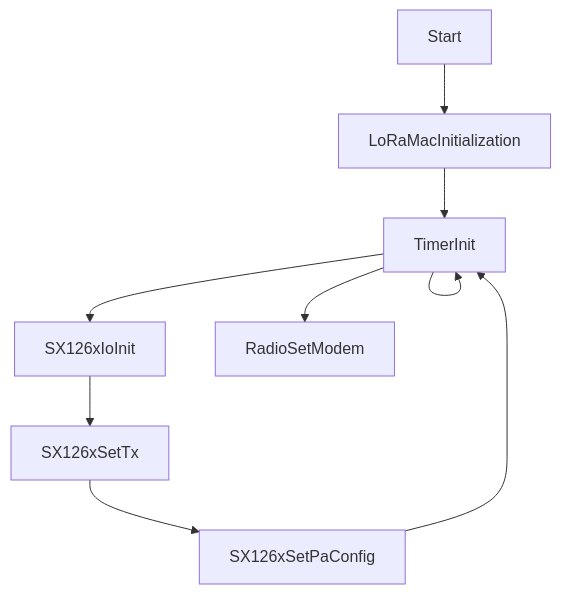
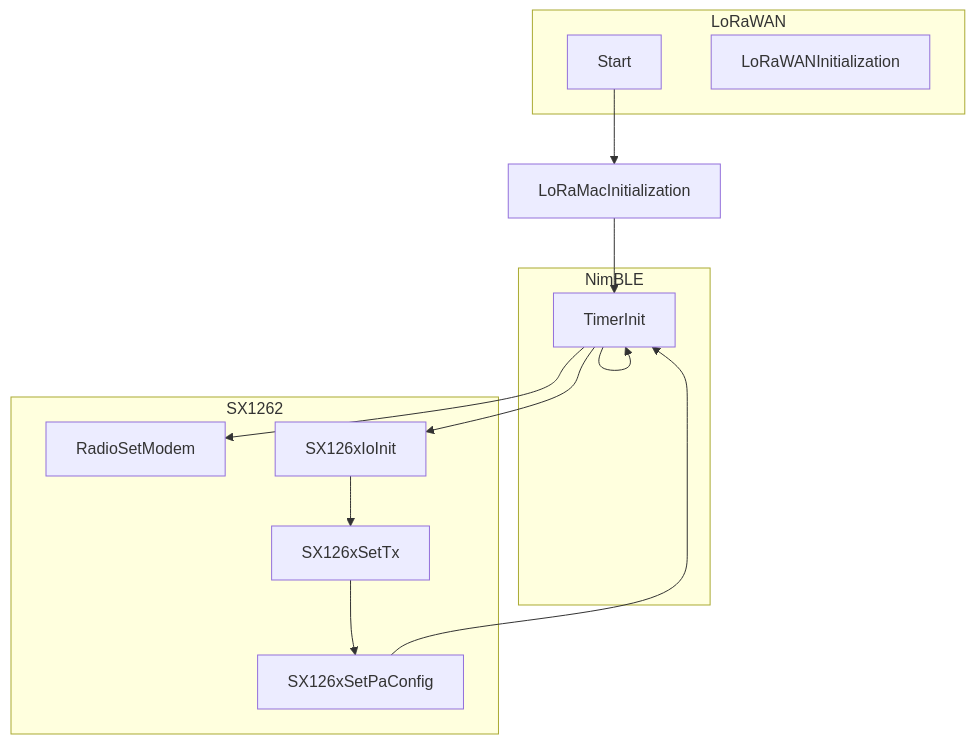
Before and after one commit to lupyuen/zig-bl602-nuttx: the second of 2 diagrams in README.md, drawn with Mermaid.

Commit message:
Adding subgraph

````diff
--- a/README.md
+++ b/README.md
@@ -2878,11 +2878,24 @@
 ```mermaid
 flowchart TD;
+    subgraph LoRaWAN;
+        Start;
+        LoRaWANInitialization;
+    end;
+    subgraph SX1262;
+        RadioSetModem;
+        SX126xIoInit;
+        SX126xSetTx;
+        SX126xSetPaConfig;
+    end;
+    subgraph NimBLE;
+        TimerInit;
+    end;
     Start-->LoRaMacInitialization;
     LoRaMacInitialization-->TimerInit;
     TimerInit-->TimerInit;
     TimerInit-->SX126xIoInit;
     SX126xIoInit-->SX126xSetTx;
     SX126xSetTx-->SX126xSetPaConfig;
     SX126xSetPaConfig-->TimerInit;
     TimerInit-->RadioSetModem;
 ```
````
